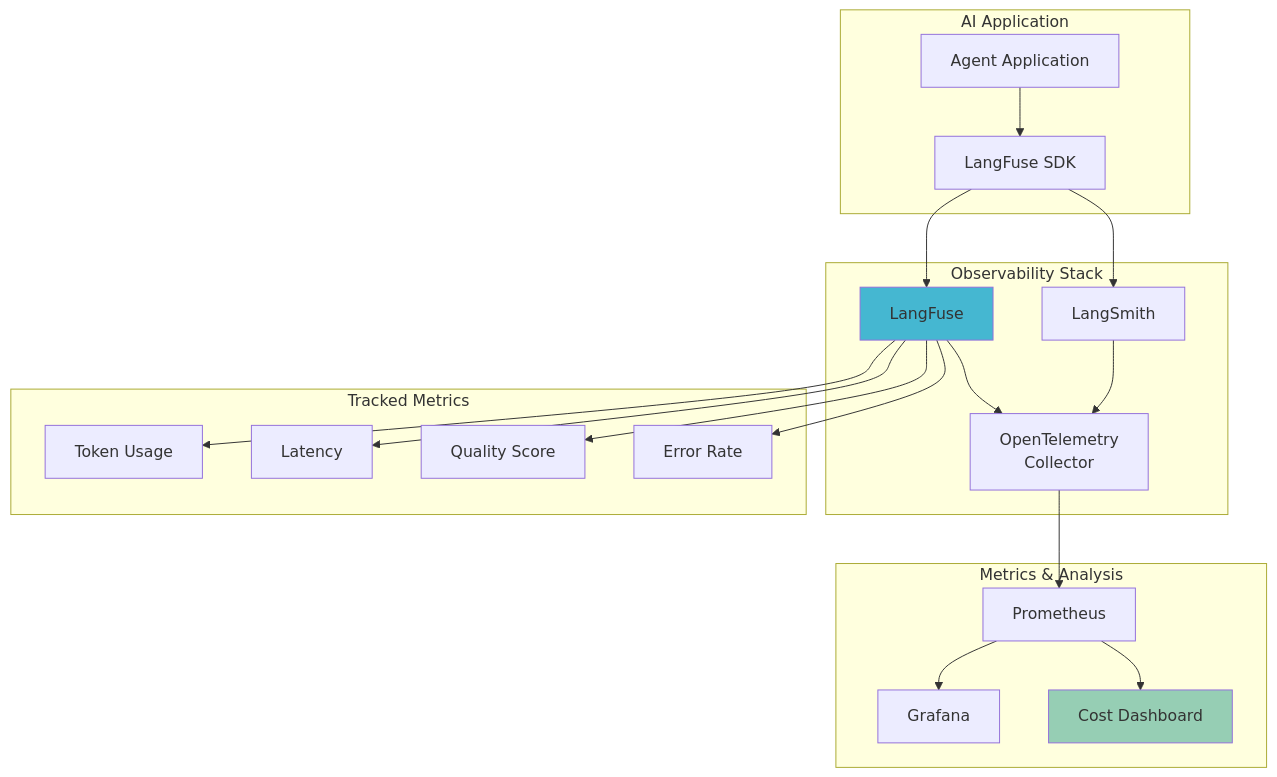
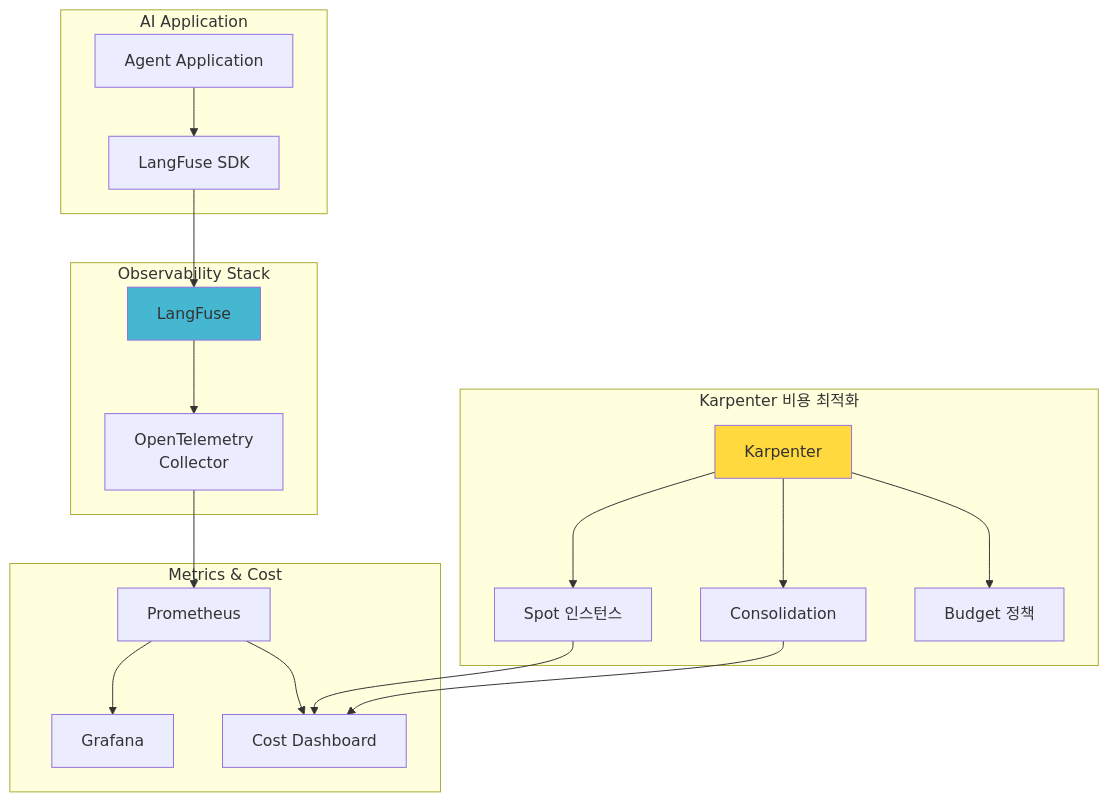
One commit to devfloor9/engineering-playbook changed the seventh of 9 diagrams in docs/genai-aiml/agentic-ai-challenges.md. Above: the diagram before and after it, drawn with Mermaid. The commit also changed other lines of this file and 11 other files, not shown here.

````diff
--- a/docs/genai-aiml/agentic-ai-challenges.md
+++ b/docs/genai-aiml/agentic-ai-challenges.md
@@ -318,43 +495,40 @@
 ```mermaid
 graph TB
     subgraph "AI Application"
         APP["Agent Application"]
         SDK["LangFuse SDK"]
     end
-    
+
     subgraph "Observability Stack"
         LF["LangFuse"]
-        LS["LangSmith"]
         OTEL["OpenTelemetry<br/>Collector"]
     end
-    
-    subgraph "Metrics & Analysis"
+
+    subgraph "Metrics & Cost"
         PROM["Prometheus"]
         GRAF["Grafana"]
         COST["Cost Dashboard"]
     end
-    
-    subgraph "Tracked Metrics"
-        TOK["Token Usage"]
-        LAT["Latency"]
-        QUAL["Quality Score"]
-        ERR["Error Rate"]
+
+    subgraph "Karpenter 비용 최적화"
+        KARP["Karpenter"]
+        SPOT["Spot 인스턴스"]
+        CONSOL["Consolidation"]
+        BUDGET["Budget 정책"]
     end
-    
+
     APP --> SDK
     SDK --> LF
-    SDK --> LS
     LF --> OTEL
-    LS --> OTEL
     OTEL --> PROM
     PROM --> GRAF
     PROM --> COST
-    
-    LF --> TOK
-    LF --> LAT
-    LF --> QUAL
-    LF --> ERR
-    
+    KARP --> SPOT
+    KARP --> CONSOL
+    KARP --> BUDGET
+    SPOT --> COST
+    CONSOL --> COST
+
     style LF fill:#45b7d1
-    style COST fill:#96ceb4
+    style KARP fill:#ffd93d
 ```
````
